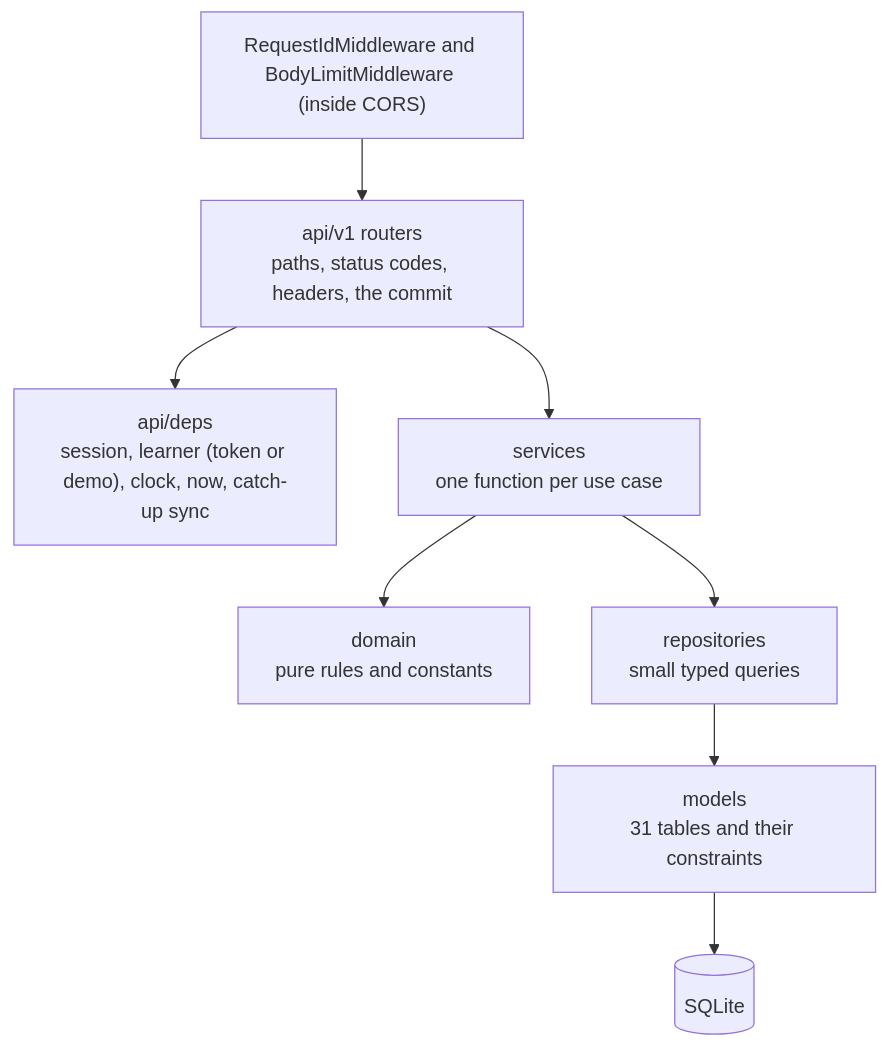
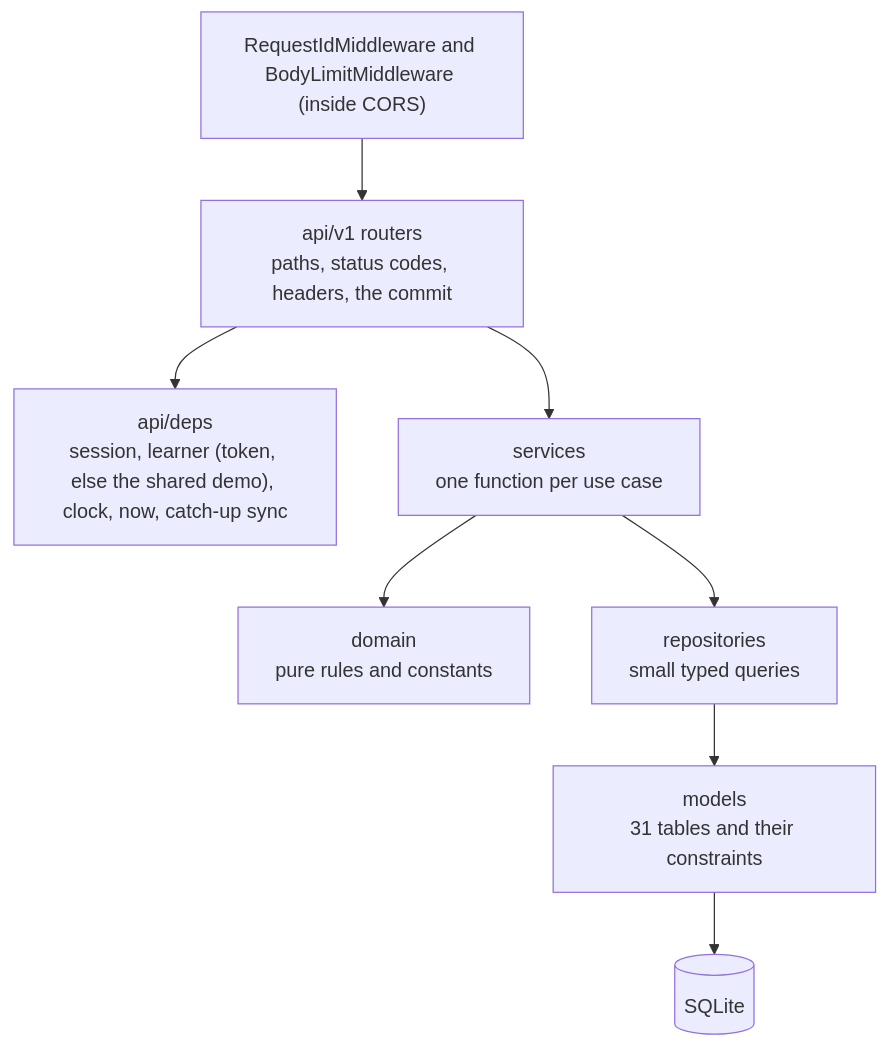
The second of 6 diagrams in README.md (PulkitGarg31/Duolingo-Clone), drawn with Mermaid before and after one commit. The commit also changed other lines of this file and 1 other file, not shown here.

Commit message:
docs: describe private demos, POST /auth/demo and the lock-free health check

````diff
--- a/README.md
+++ b/README.md
@@ -182,10 +183,10 @@
 ```mermaid
 flowchart TB
   MW["RequestIdMiddleware and BodyLimitMiddleware (inside CORS)"] --> RT["api/v1 routers<br/>paths, status codes, headers, the commit"]
-  RT --> DP["api/deps<br/>session, learner (token or demo), clock, now, catch-up sync"]
+  RT --> DP["api/deps<br/>session, learner (token, else the shared demo), clock, now, catch-up sync"]
   RT --> SV["services<br/>one function per use case"]
   SV --> DM["domain<br/>pure rules and constants"]
   SV --> RP["repositories<br/>small typed queries"]
   RP --> MD["models<br/>31 tables and their constraints"]
   MD --> DB[("SQLite")]
 ```
````
